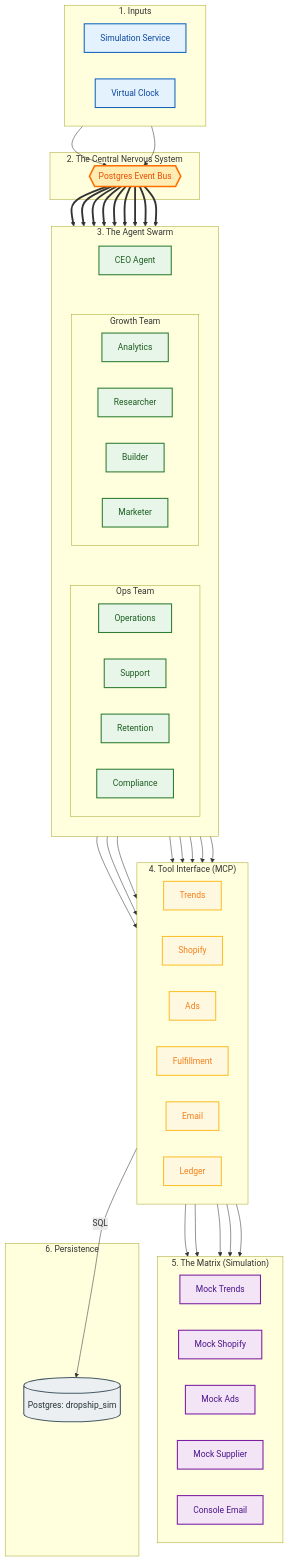
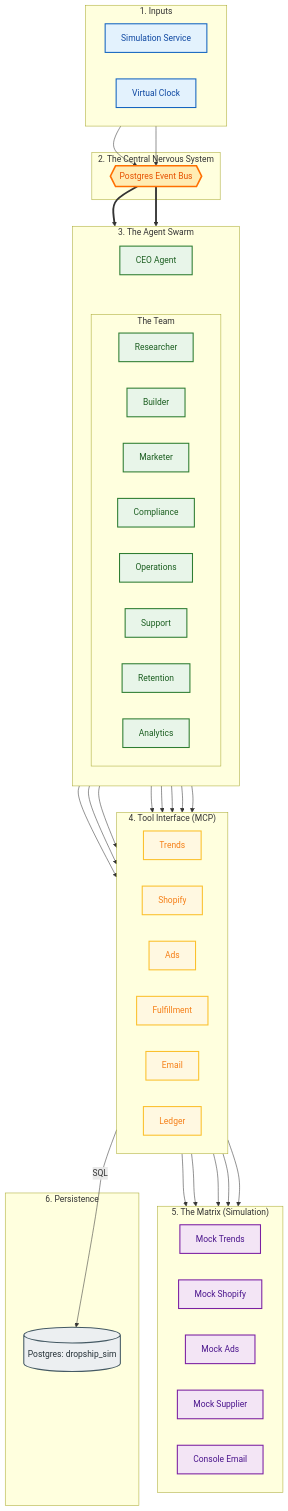
One commit to andylelli/ds1 changed the first of 2 diagrams in Documentation/Reference/ENVIRONMENT_SIMULATION_V_LIVE.md. Above: the diagram before and after it, drawn with Mermaid. The commit also changed other lines of this file and 1 other file, not shown here.

```diff
--- a/Documentation/Reference/ENVIRONMENT_SIMULATION_V_LIVE.md
+++ b/Documentation/Reference/ENVIRONMENT_SIMULATION_V_LIVE.md
@@ -49,20 +49,16 @@
     direction TB
     CEO[CEO Agent]:::agent
     
-    subgraph Row1 ["Growth Team"]
+    subgraph Team ["The Team"]
       direction LR
-      Analytics[Analytics]:::agent
       Researcher[Researcher]:::agent
       Builder[Builder]:::agent
       Marketer[Marketer]:::agent
-    end
-    
-    subgraph Row2 ["Ops Team"]
-      direction LR
+      Compliance[Compliance]:::agent
       Ops[Operations]:::agent
       CS[Support]:::agent
       Retention[Retention]:::agent
-      Compliance[Compliance]:::agent
+      Analytics[Analytics]:::agent
     end
   end
 
@@ -95,23 +91,23 @@
   %% Wiring: Inputs -> Bus
   SimService & Clock --> Bus
 
-  %% Wiring: Bus -> Everyone (Hub & Spoke)
+  %% Wiring: Bus -> Everyone
   Bus ==> CEO
-  Bus ==> Analytics & Researcher & Builder & Marketer
-  Bus ==> Ops & CS & Retention & Compliance
+  Bus ==> Team
 
-  %% Visual Hierarchy (No Data Flow)
-  CEO ~~~ Row1
-  Row1 ~~~ Row2
+  %% Visual Hierarchy: Center CEO above Team
+  CEO ~~~ Compliance
+  CEO ~~~ Ops
 
-  %% Tool Connections
+  %% Agent -> Tool Connections (Optimized for no crossing)
   Researcher --> TrendsTool
   Builder --> ShopTool
   Marketer --> AdsTool
+  Compliance --> AdsTool
   Ops --> FulfillTool
-  CS & Retention --> EmailTool
+  CS --> EmailTool
+  Retention --> EmailTool
   Analytics --> LedgerTool
-  Compliance --> AdsTool
 
   %% Mock Connections
   TrendsTool --> MockTrends
```
